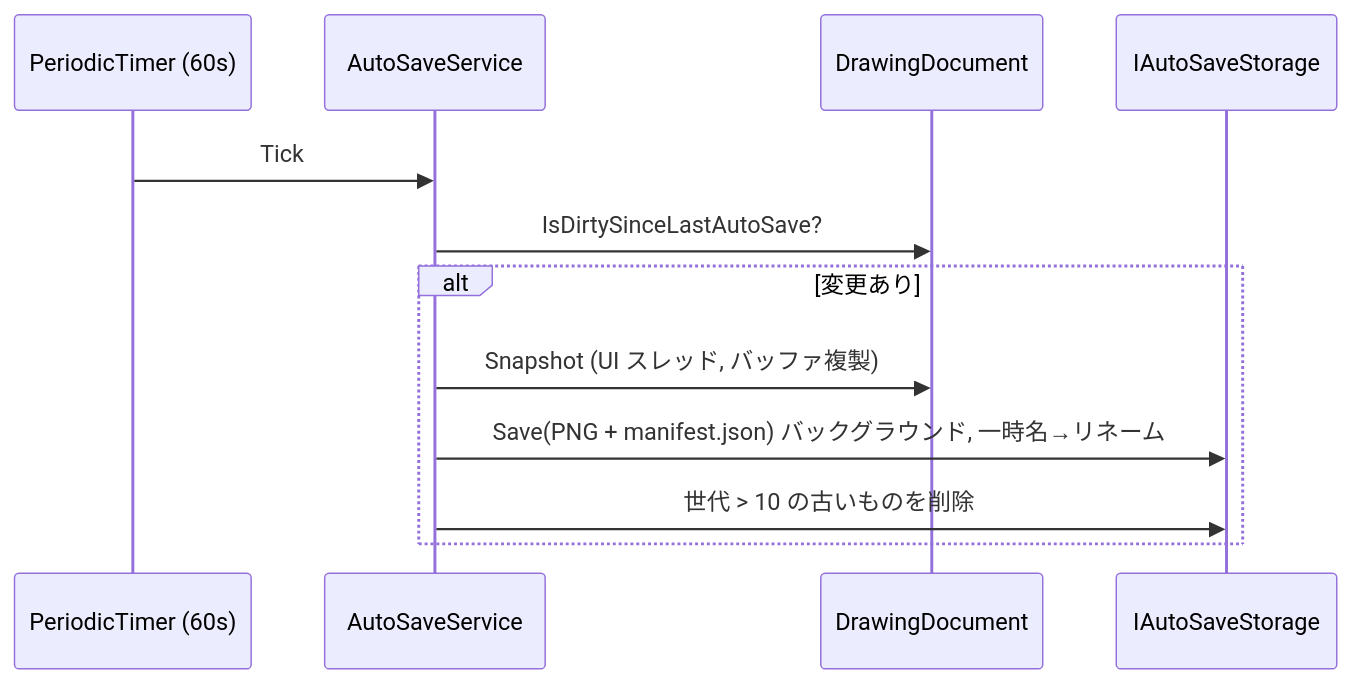
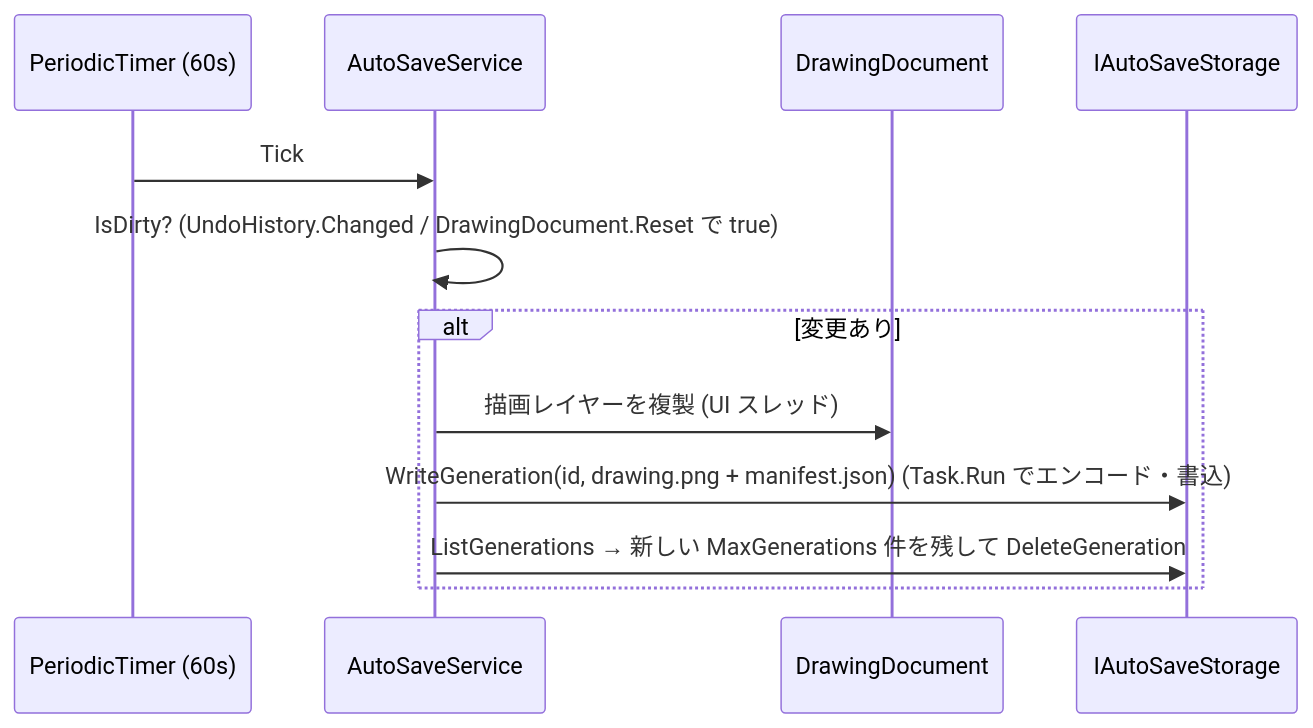
The fourth of 4 diagrams in docs/Architecture.md (JetContrail/2026_devin_test_with_windows_GUI), drawn with Mermaid before and after one commit. The commit also changed other lines of this file and 14 other files, not shown here.

Commit message:
feat(core): AutoSaveService with dirty tracking and generation pruning (Phase8-1)

````diff
--- a/docs/Architecture.md
+++ b/docs/Architecture.md
@@ -209,14 +210,14 @@
 ```mermaid
 sequenceDiagram
     participant Tm as PeriodicTimer (60s)
     participant A as AutoSaveService
     participant D as DrawingDocument
     participant St as IAutoSaveStorage
     Tm->>A: Tick
-    A->>D: IsDirtySinceLastAutoSave?
+    A->>A: IsDirty? (UndoHistory.Changed / DrawingDocument.Reset で true)
     alt 変更あり
-      A->>D: Snapshot (UI スレッド, バッファ複製)
-      A->>St: Save(PNG + manifest.json) バックグラウンド, 一時名→リネーム
-      A->>St: 世代 > 10 の古いものを削除
+      A->>D: 描画レイヤーを複製 (UI スレッド)
+      A->>St: WriteGeneration(id, drawing.png + manifest.json) (Task.Run でエンコード・書込)
+      A->>St: ListGenerations → 新しい MaxGenerations 件を残して DeleteGeneration
     end
 ```
````
